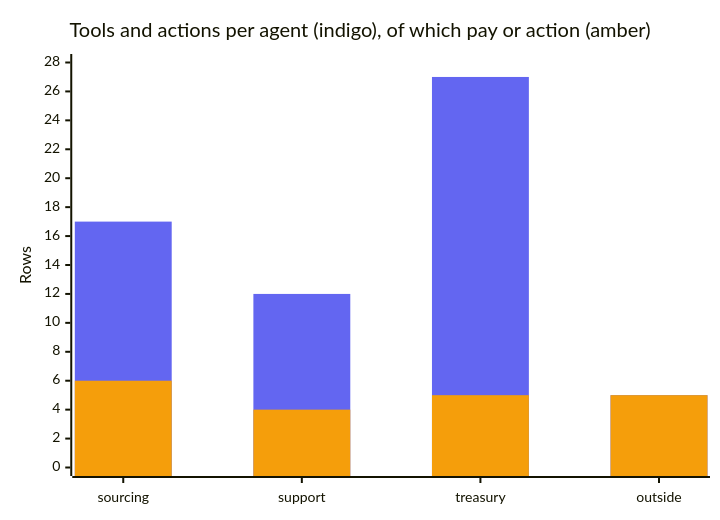
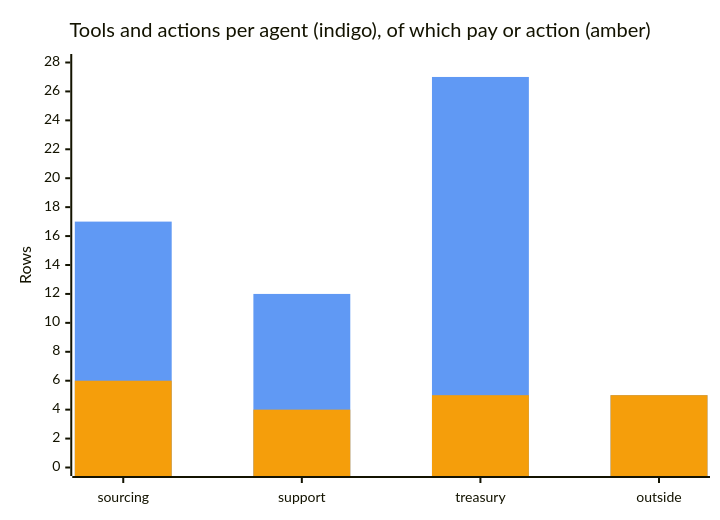
One commit to agamemnon-coder/x402-business-agents changed the second of 2 diagrams in docs/security/agent-permissions.md. Above: the diagram before and after it, drawn with Mermaid. The commit also changed other lines of this file and 184 other files, not shown here.

````diff
--- a/docs/security/agent-permissions.md
+++ b/docs/security/agent-permissions.md
@@ -67,9 +67,9 @@
 ```mermaid
-%%{init: {"themeVariables": {"xyChart": {"plotColorPalette": "#6366f1, #f59e0b"}}}}%%
+%%{init: {"themeVariables": {"xyChart": {"plotColorPalette": "#6099f4, #f59e0b"}}}}%%
 xychart-beta
   title "Tools and actions per agent (indigo), of which pay or action (amber)"
   x-axis ["sourcing", "support", "treasury", "outside"]
   y-axis "Rows" 0 --> 28
   bar [17, 12, 27, 5]
   bar [6, 4, 5, 5]
 ```
````
